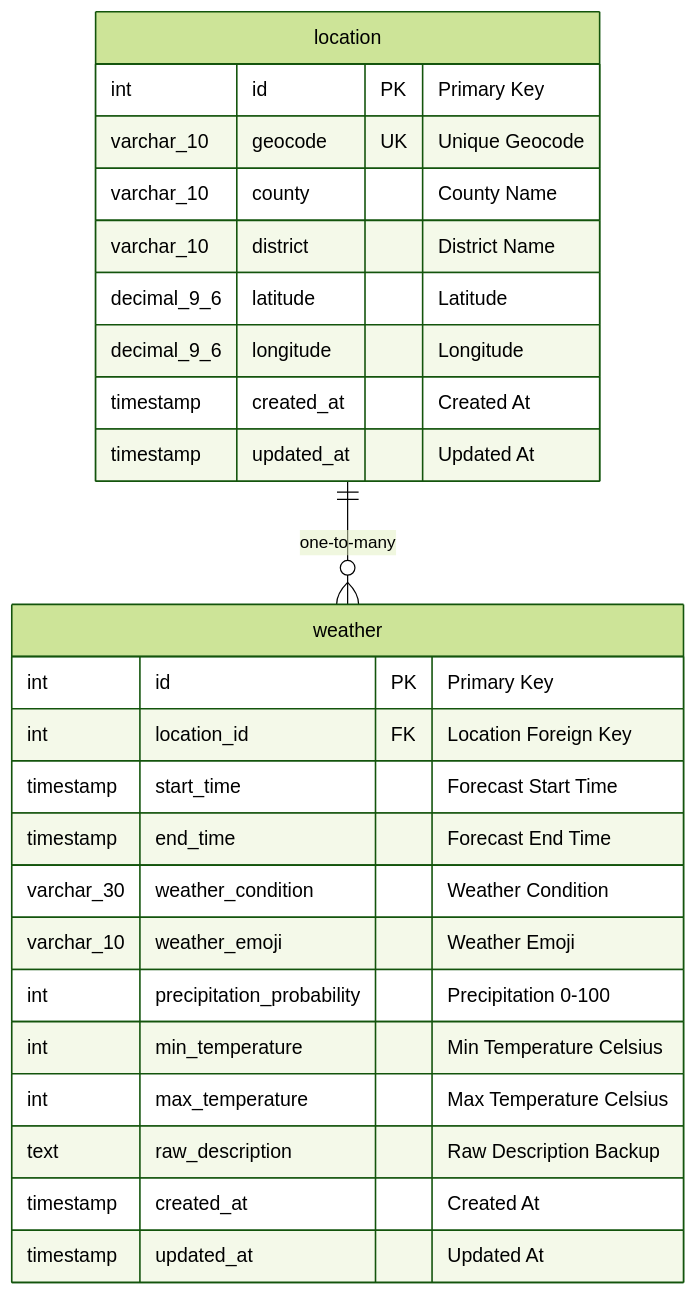
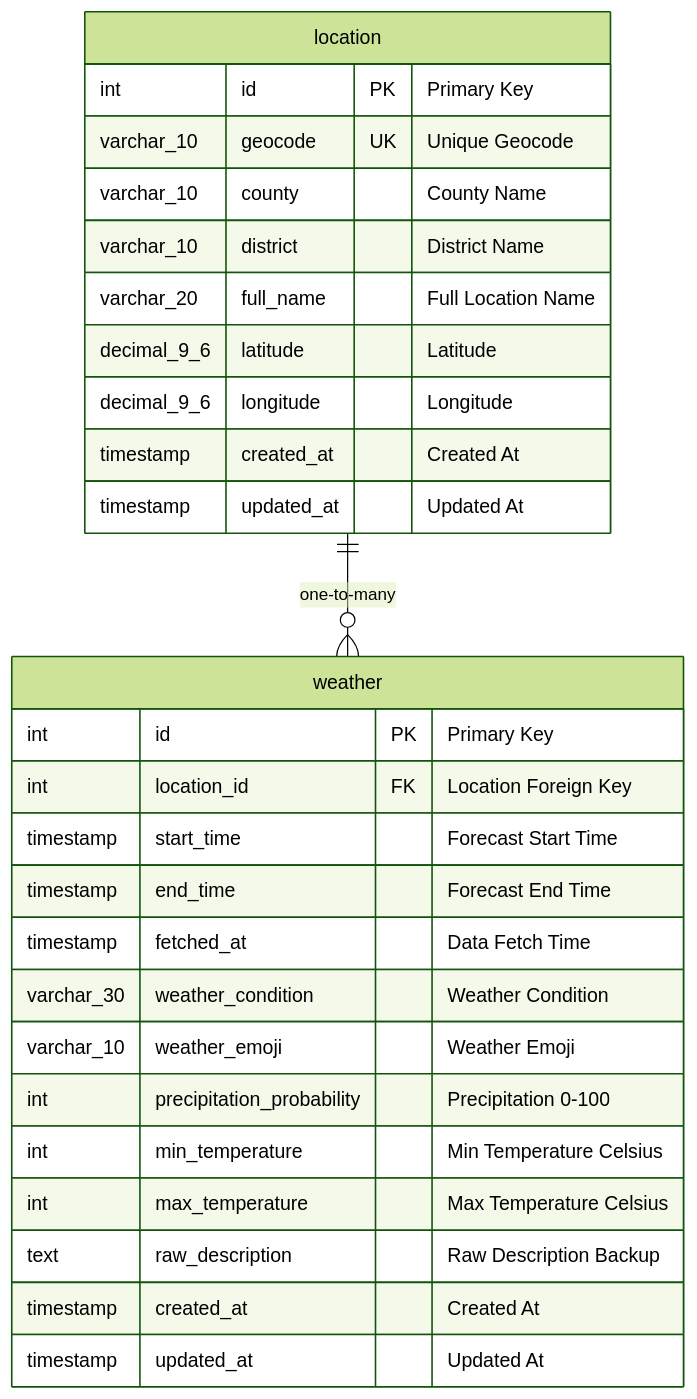
Before and after one commit to kyomind/WeaMind: the first of 3 diagrams in docs/weather-location-erd.md, drawn with Mermaid (forest theme). The commit also changed other lines of this file and 1 other file, not shown here.

Commit message:
Enhance database schema with full location name

````diff
--- a/docs/weather-location-erd.md
+++ b/docs/weather-location-erd.md
@@ -8,30 +8,32 @@
 ```mermaid
 erDiagram
     location {
         int id PK "Primary Key"
         varchar_10 geocode UK "Unique Geocode"
         varchar_10 county "County Name"
         varchar_10 district "District Name"
+        varchar_20 full_name "Full Location Name"
         decimal_9_6 latitude "Latitude"
         decimal_9_6 longitude "Longitude"
         timestamp created_at "Created At"
         timestamp updated_at "Updated At"
     }
     
     weather {
         int id PK "Primary Key"
         int location_id FK "Location Foreign Key"
         timestamp start_time "Forecast Start Time"
         timestamp end_time "Forecast End Time"
+        timestamp fetched_at "Data Fetch Time"
         varchar_30 weather_condition "Weather Condition"
         varchar_10 weather_emoji "Weather Emoji"
         int precipitation_probability "Precipitation 0-100"
         int min_temperature "Min Temperature Celsius"
         int max_temperature "Max Temperature Celsius"
         text raw_description "Raw Description Backup"
         timestamp created_at "Created At"
         timestamp updated_at "Updated At"
     }
     
     location ||--o{ weather : "one-to-many"
 ```
````
